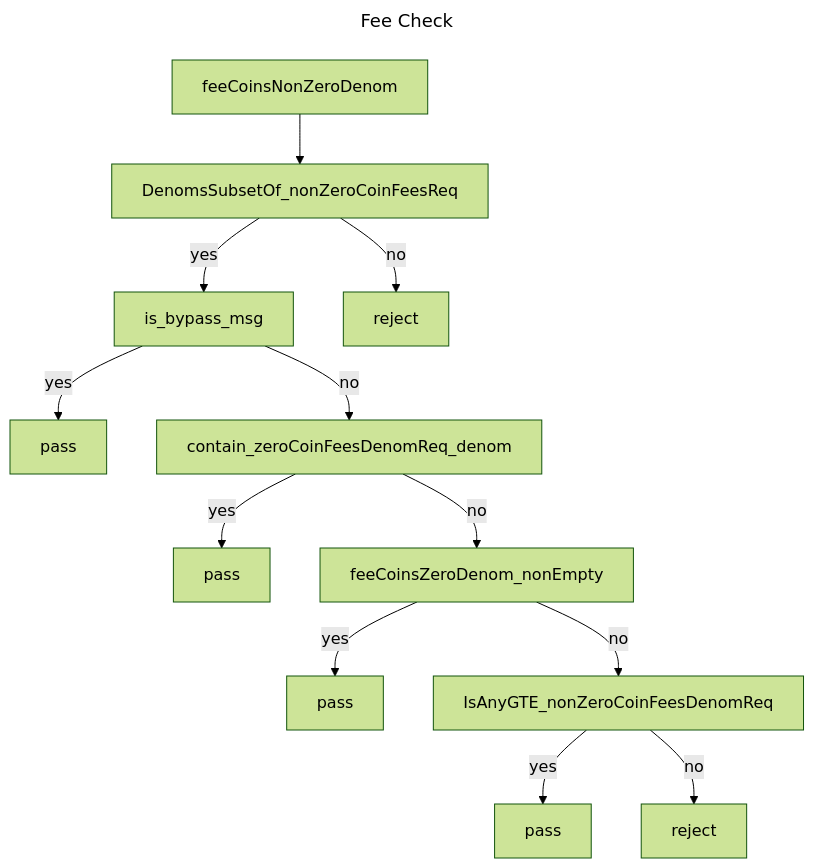
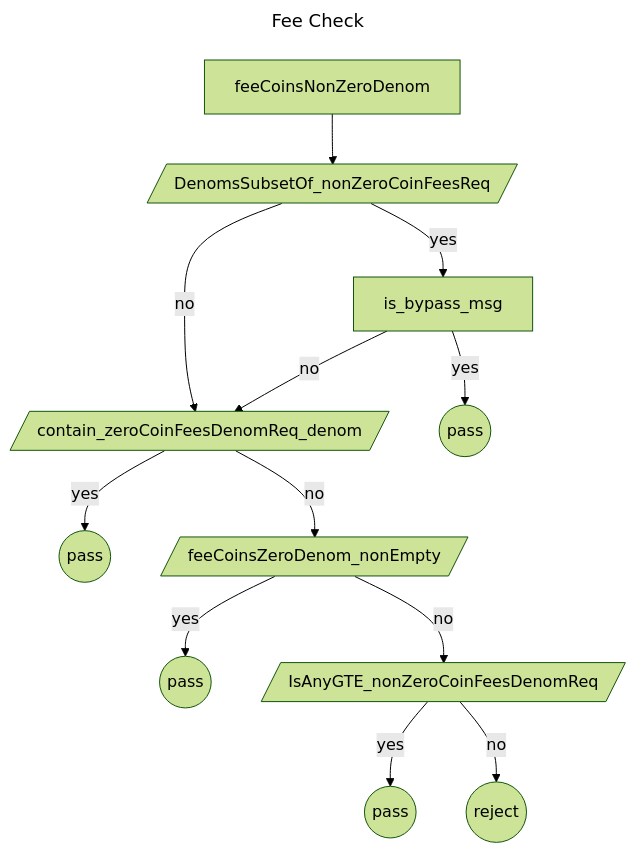
Before and after one commit to cosmos/gaia: the second of 2 diagrams in docs/architecture/adr-002-globalfee.md, drawn with Mermaid (forest theme). The commit also changed other lines of this file, not shown here.

Commit message:
feat: update chart

````diff
--- a/docs/architecture/adr-002-globalfee.md
+++ b/docs/architecture/adr-002-globalfee.md
@@ -66,23 +67,23 @@
 ```mermaid
 ---
 title: Fee Check
 ---
 flowchart TD
 
-feeCoinsNonZeroDenom-->DenomsSubsetOf_nonZeroCoinFeesReq;
-DenomsSubsetOf_nonZeroCoinFeesReq-->|yes|is_bypass_msg;
-DenomsSubsetOf_nonZeroCoinFeesReq-->|no|reject;
+A[feeCoinsNonZeroDenom]-->B[/DenomsSubsetOf_nonZeroCoinFeesReq/];
+B-->|yes|C[is_bypass_msg];
+B-->|no|D((reject));
 
-is_bypass_msg-->|yes|pass1[pass];
-is_bypass_msg-->|no|contain_zeroCoinFeesDenomReq_denom;
+C-->|yes|pass1((pass));
+C-->|no|D[/contain_zeroCoinFeesDenomReq_denom/];
 
-contain_zeroCoinFeesDenomReq_denom-->|yes|pass2[pass];
-contain_zeroCoinFeesDenomReq_denom-->|no|feeCoinsZeroDenom_nonEmpty;
+D-->|yes|pass2((pass));
+D-->|no|E[/feeCoinsZeroDenom_nonEmpty/];
 
 
-feeCoinsZeroDenom_nonEmpty-->|yes|pass3[pass];
-feeCoinsZeroDenom_nonEmpty-->|no|IsAnyGTE_nonZeroCoinFeesDenomReq;
+E-->|yes|pass3((pass));
+E-->|no|F[/IsAnyGTE_nonZeroCoinFeesDenomReq/];
 
-IsAnyGTE_nonZeroCoinFeesDenomReq-->|yes|pass4[pass];
-IsAnyGTE_nonZeroCoinFeesDenomReq-->|no|reject2[reject];
+F-->|yes|pass4((pass));
+F-->|no|reject2((reject));
 ```
````
